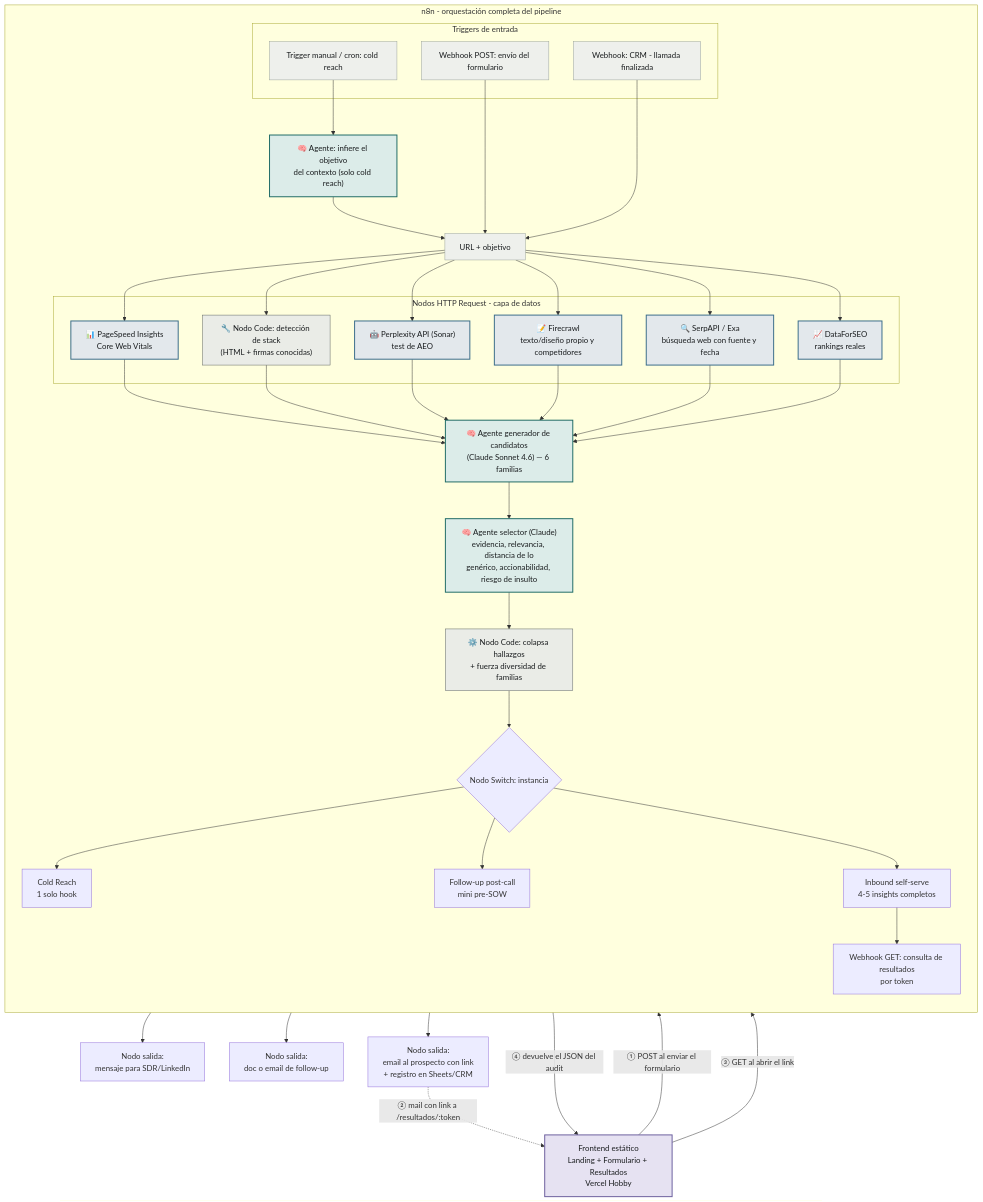
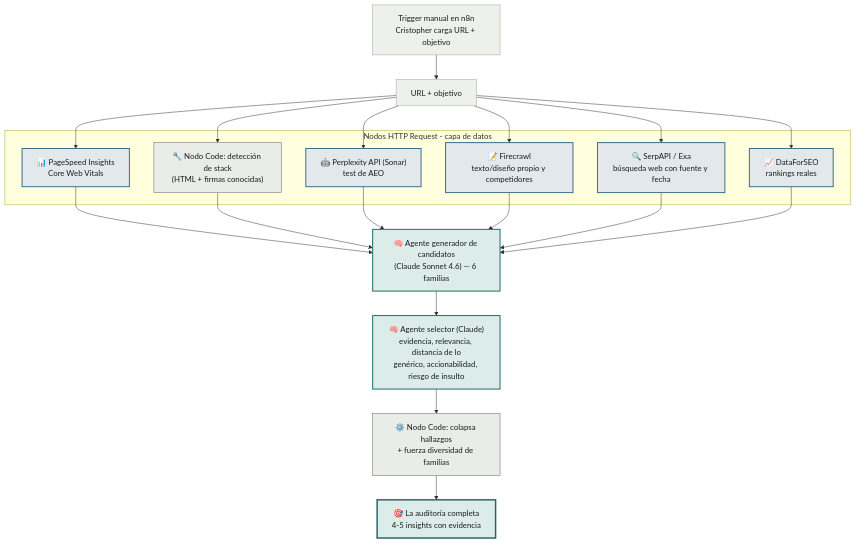
The diagram in docs/explanation/arquitectura.md (jmarroncle/growth-audit-structure), drawn with Mermaid before and after one commit. The commit also changed other lines of this file and 20 other files, not shown here.

````diff
--- a/docs/explanation/arquitectura.md
+++ b/docs/explanation/arquitectura.md
@@ -7,74 +7,45 @@
 ```mermaid
 flowchart TD
-    FE[Frontend estático<br/>Landing + Formulario + Resultados<br/>Vercel Hobby]
+    T[Trigger manual en n8n<br/>Cristopher carga URL + objetivo] --> IN[URL + objetivo]
 
-    subgraph N8N [n8n - orquestación completa del pipeline]
-        direction TB
+    IN --> PS
+    IN --> ST
+    IN --> AEO
+    IN --> TXT
+    IN --> WEB
+    IN --> SEO
 
-        subgraph Triggers [Triggers de entrada]
-            T1[Webhook POST: envío del formulario]
-            T2[Trigger manual / cron: cold reach]
-            T3[Webhook: CRM - llamada finalizada]
-        end
-
-        T2 --> OBJ["🧠 Agente: infiere el objetivo<br/>del contexto (solo cold reach)"]
-        OBJ --> IN[URL + objetivo]
-        T1 --> IN
-        T3 --> IN
-
-        IN --> PS
-        IN --> ST
-        IN --> AEO
-        IN --> TXT
-        IN --> WEB
-        IN --> SEO
-
-        subgraph CapaDatos [Nodos HTTP Request - capa de datos]
-            PS["📊 PageSpeed Insights<br/>Core Web Vitals"]
-            ST["🔧 Nodo Code: detección de stack<br/>(HTML + firmas conocidas)"]
-            AEO["🤖 Perplexity API (Sonar)<br/>test de AEO"]
-            TXT["📝 Firecrawl<br/>texto/diseño propio y competidores"]
-            WEB["🔍 SerpAPI / Exa<br/>búsqueda web con fuente y fecha"]
-            SEO["📈 DataForSEO<br/>rankings reales"]
-        end
-
-        PS --> GEN
-        ST --> GEN
-        AEO --> GEN
-        TXT --> GEN
-        WEB --> GEN
-        SEO --> GEN
-
-        GEN["🧠 Agente generador de candidatos<br/>(Claude Sonnet 4.6) — 6 familias"] --> SEL
-
-        SEL["🧠 Agente selector (Claude)<br/>evidencia, relevancia, distancia de lo<br/>genérico, accionabilidad, riesgo de insulto"] --> COL
-
-        COL["⚙️ Nodo Code: colapsa hallazgos<br/>+ fuerza diversidad de familias"] --> E{Nodo Switch: instancia}
-
-        E --> E1[Cold Reach<br/>1 solo hook]
-        E --> E2[Follow-up post-call<br/>mini pre-SOW]
-        E --> E3[Inbound self-serve<br/>4-5 insights completos]
-
-        E3 --> R[Webhook GET: consulta de resultados<br/>por token]
+    subgraph CapaDatos [Nodos HTTP Request - capa de datos]
+        PS["📊 PageSpeed Insights<br/>Core Web Vitals"]
+        ST["🔧 Nodo Code: detección de stack<br/>(HTML + firmas conocidas)"]
+        AEO["🤖 Perplexity API (Sonar)<br/>test de AEO"]
+        TXT["📝 Firecrawl<br/>texto/diseño propio y competidores"]
+        WEB["🔍 SerpAPI / Exa<br/>búsqueda web con fuente y fecha"]
+        SEO["📈 DataForSEO<br/>rankings reales"]
     end
 
-    FE -- "① POST al enviar el formulario" --> T1
-    E1 --> O1[Nodo salida:<br/>mensaje para SDR/LinkedIn]
-    E2 --> O2[Nodo salida:<br/>doc o email de follow-up]
-    E3 --> O4[Nodo salida:<br/>email al prospecto con link<br/>+ registro en Sheets/CRM]
-    O4 -. "② mail con link a /resultados/:token" .-> FE
-    FE -- "③ GET al abrir el link" --> R
-    R -- "④ devuelve el JSON del audit" --> FE
+    PS --> GEN
+    ST --> GEN
+    AEO --> GEN
+    TXT --> GEN
+    WEB --> GEN
+    SEO --> GEN
+
+    GEN["🧠 Agente generador de candidatos<br/>(Claude Sonnet 4.6) — 6 familias"] --> SEL
+
+    SEL["🧠 Agente selector (Claude)<br/>evidencia, relevancia, distancia de lo<br/>genérico, accionabilidad, riesgo de insulto"] --> COL
+
+    COL["⚙️ Nodo Code: colapsa hallazgos<br/>+ fuerza diversidad de familias"] --> OUT["🎯 La auditoría completa<br/>4-5 insights con evidencia"]
 
     classDef trigger fill:#eef0ec,stroke:#9aa39c,color:#1a1d1f;
     classDef tool fill:#e3e8ec,stroke:#3a6c8a,color:#1a1d1f,stroke-width:2px;
     classDef agente fill:#dcece9,stroke:#1f6b66,color:#1a1d1f,stroke-width:2px;
     classDef code fill:#eaece7,stroke:#5c6360,color:#1a1d1f;
-    classDef frontend fill:#e6e2f2,stroke:#6c5f9e,color:#1a1d1f,stroke-width:2px;
+    classDef outcome fill:#dcece9,stroke:#1f6b66,color:#1a1d1f,stroke-width:3px;
 
-    class T1,T2,T3,IN trigger
+    class T,IN trigger
     class PS,AEO,TXT,WEB,SEO tool
     class ST,COL code
-    class OBJ,GEN,SEL agente
-    class FE frontend
+    class GEN,SEL agente
+    class OUT outcome
 ```
````
